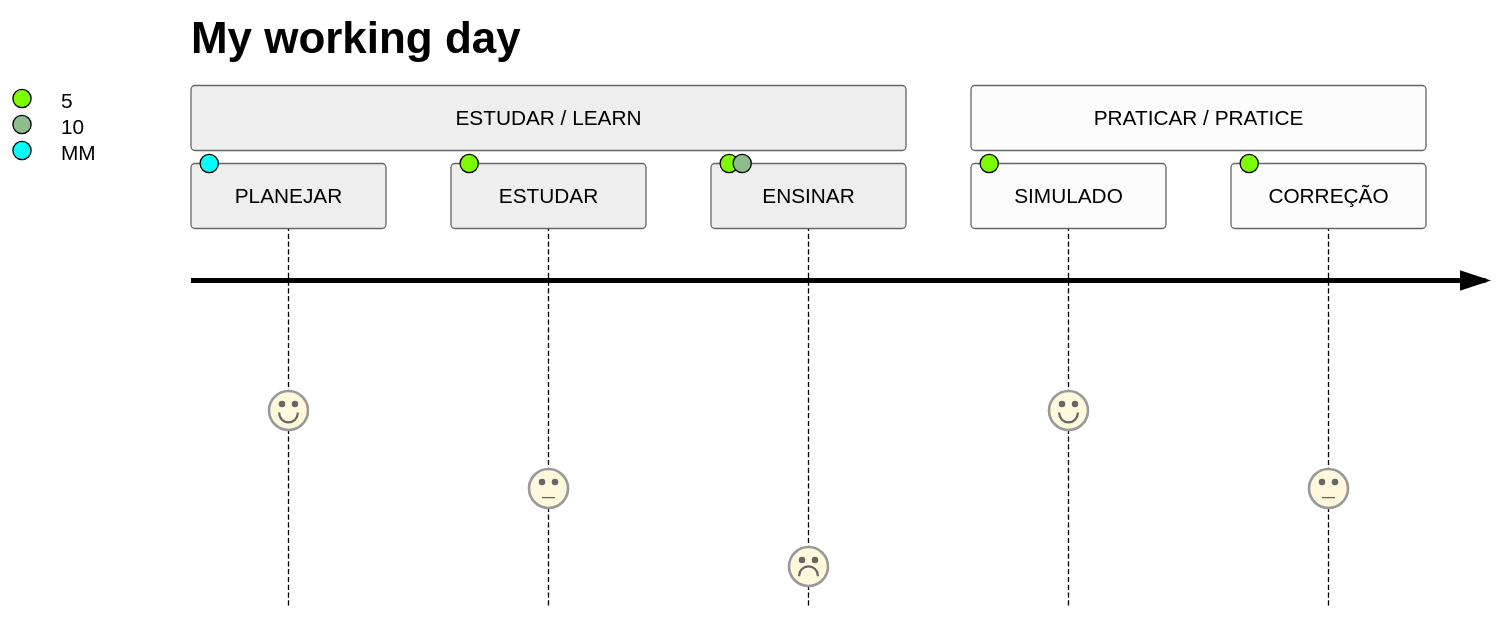
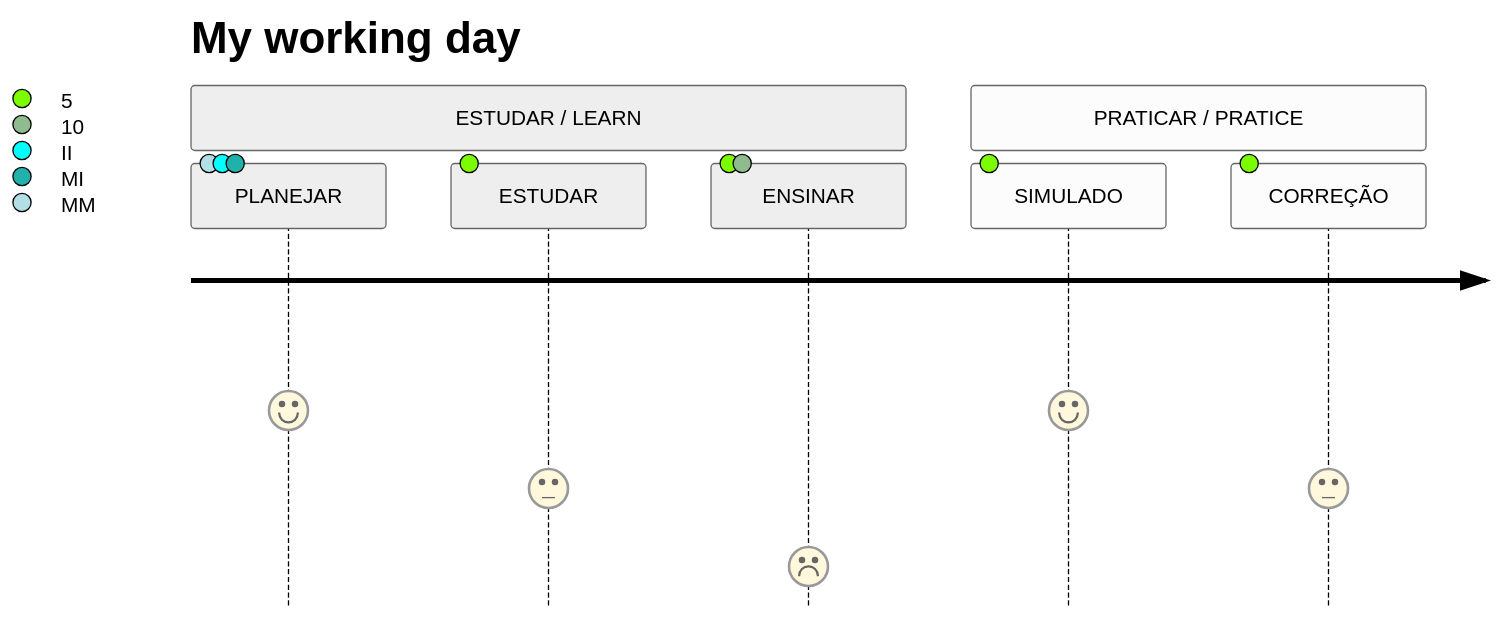
Before and after one commit to SauloCandeira/concursos: the third of 3 diagrams in readme.md, drawn with Mermaid (neutral theme).

````diff
--- a/readme.md
+++ b/readme.md
@@ -52,14 +52,14 @@
 ```mermaid
   journey
     title My working day
     
     section ESTUDAR / LEARN
-      PLANEJAR: 5: MM
+      PLANEJAR: 5: MM, II, MI
       
       ESTUDAR: 3: 5
       ENSINAR: 1: 5, 10
     
     section PRATICAR / PRATICE
       SIMULADO: 5: 5
       CORREÇÃO: 3: 5
 ```
````
